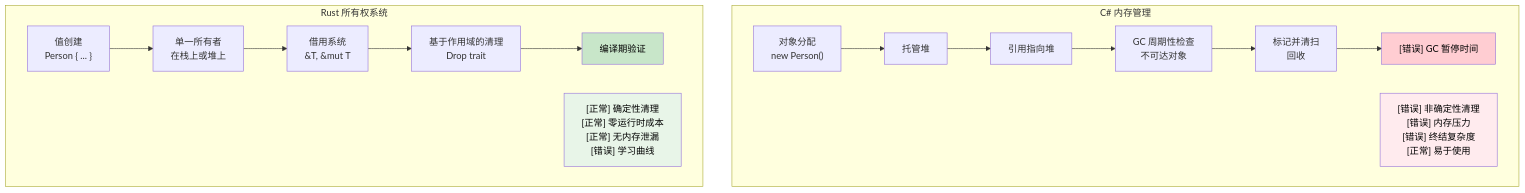
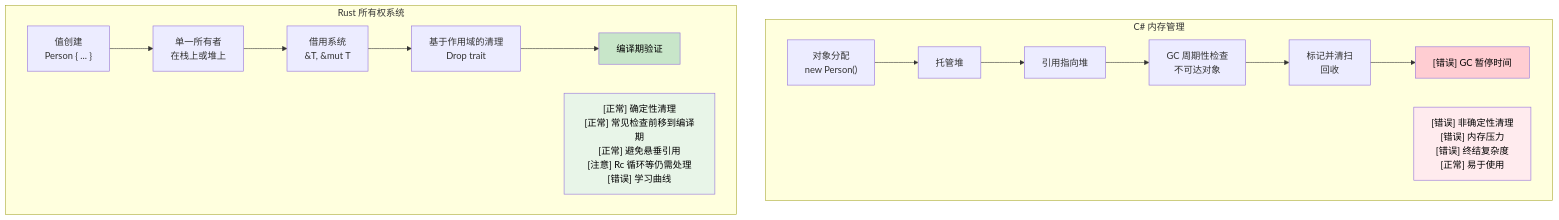
The diagram in zh-cn/csharp-book/src/ch07-ownership-and-borrowing.md (xiaofengoop/rust-for-csharp-programmers-zh-cn), drawn with Mermaid before and after one commit. The commit also changed 11 other files, not shown here.

````diff
--- a/zh-cn/csharp-book/src/ch07-ownership-and-borrowing.md
+++ b/zh-cn/csharp-book/src/ch07-ownership-and-borrowing.md
@@ -407,39 +407,39 @@
 ```mermaid
 graph TD
 	subgraph "C# 内存管理"
 		CS_ALLOC["对象分配<br/>new Person()"]
 		CS_HEAP["托管堆"]
 		CS_REF["引用指向堆"]
 		CS_GC_CHECK["GC 周期性检查<br/>不可达对象"]
 		CS_SWEEP["标记并清扫<br/>回收"]
 		CS_PAUSE["[错误] GC 暂停时间"]
         
 		CS_ALLOC --> CS_HEAP
 		CS_HEAP --> CS_REF
 		CS_REF --> CS_GC_CHECK
 		CS_GC_CHECK --> CS_SWEEP
 		CS_SWEEP --> CS_PAUSE
         
 		CS_ISSUES["[错误] 非确定性清理<br/>[错误] 内存压力<br/>[错误] 终结复杂度<br/>[正常] 易于使用"]
 	end
     
 	subgraph "Rust 所有权系统"
 		RUST_ALLOC["值创建<br/>Person { ... }"]
 		RUST_OWNER["单一所有者<br/>在栈上或堆上"]
 		RUST_BORROW["借用系统<br/>&T, &mut T"]
 		RUST_SCOPE["基于作用域的清理<br/>Drop trait"]
 		RUST_COMPILE["编译期验证"]
         
 		RUST_ALLOC --> RUST_OWNER
 		RUST_OWNER --> RUST_BORROW
 		RUST_BORROW --> RUST_SCOPE
 		RUST_SCOPE --> RUST_COMPILE
         
-		RUST_BENEFITS["[正常] 确定性清理<br/>[正常] 零运行时成本<br/>[正常] 无内存泄漏<br/>[错误] 学习曲线"]
+		RUST_BENEFITS["[正常] 确定性清理<br/>[正常] 常见检查前移到编译期<br/>[正常] 避免悬垂引用<br/>[注意] Rc 循环等仍需处理<br/>[错误] 学习曲线"]
 	end
     
 	style CS_ISSUES fill:#ffebee,color:#000
 	style RUST_BENEFITS fill:#e8f5e8,color:#000
 	style CS_PAUSE fill:#ffcdd2,color:#000
 	style RUST_COMPILE fill:#c8e6c9,color:#000
 ```
````
